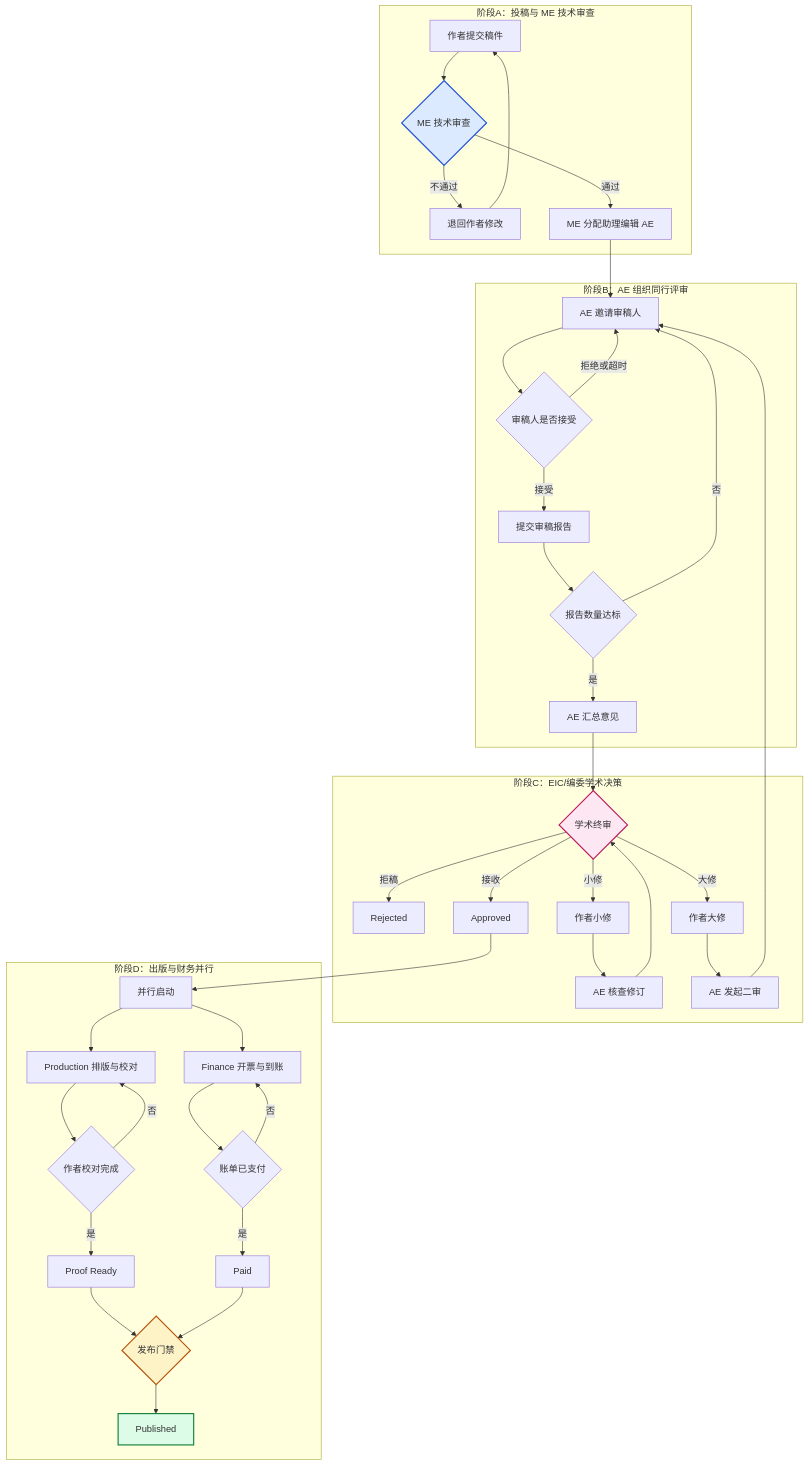
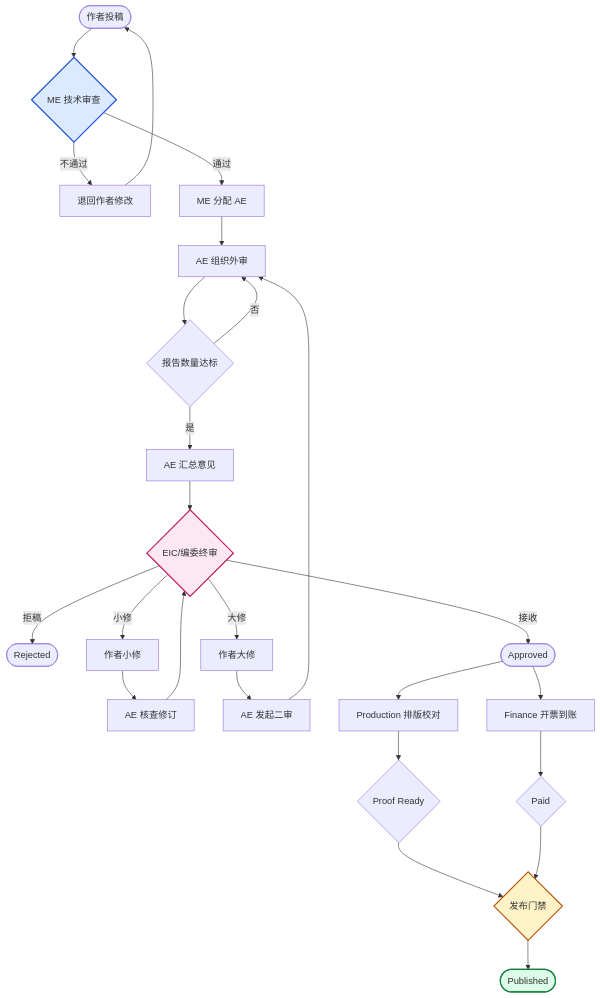
One commit to LouisLau-art/scholar-flow changed the diagram in docs/flow_lifecycle_v3.mmd. Above: the diagram before and after it, drawn with Mermaid. The commit also changed 8 other files, not shown here.

```diff
--- a/docs/flow_lifecycle_v3.mmd
+++ b/docs/flow_lifecycle_v3.mmd
@@ -1,53 +1,33 @@
 flowchart TD
-    subgraph A["阶段A：投稿与 ME 技术审查"]
-        S0[作者提交稿件] --> S1{ME 技术审查}
-        S1 -- 不通过 --> S2[退回作者修改]
-        S2 --> S0
-        S1 -- 通过 --> S3[ME 分配助理编辑 AE]
-    end
+    A0([作者投稿]) --> A1{ME 技术审查}
+    A1 -- 不通过 --> A2[退回作者修改]
+    A2 --> A0
+    A1 -- 通过 --> A3[ME 分配 AE]
 
-    subgraph B["阶段B：AE 组织同行评审"]
-        S3 --> R1[AE 邀请审稿人]
-        R1 --> R2{审稿人是否接受}
-        R2 -- 拒绝或超时 --> R1
-        R2 -- 接受 --> R3[提交审稿报告]
-        R3 --> R4{报告数量达标}
-        R4 -- 否 --> R1
-        R4 -- 是 --> R5[AE 汇总意见]
-    end
+    A3 --> B1[AE 组织外审]
+    B1 --> B2{报告数量达标}
+    B2 -- 否 --> B1
+    B2 -- 是 --> C1[AE 汇总意见]
 
-    subgraph C["阶段C：EIC/编委学术决策"]
-        R5 --> D1{学术终审}
-        D1 -- 拒稿 --> D2[Rejected]
-        D1 -- 小修 --> D3[作者小修]
-        D3 --> D4[AE 核查修订]
-        D4 --> D1
-        D1 -- 大修 --> D5[作者大修]
-        D5 --> D6[AE 发起二审]
-        D6 --> R1
-        D1 -- 接收 --> D7[Approved]
-    end
+    C1 --> C2{EIC/编委终审}
+    C2 -- 拒稿 --> C3([Rejected])
+    C2 -- 小修 --> C4[作者小修]
+    C4 --> C5[AE 核查修订]
+    C5 --> C2
+    C2 -- 大修 --> C6[作者大修]
+    C6 --> C7[AE 发起二审]
+    C7 --> B1
+    C2 -- 接收 --> D0([Approved])
 
-    subgraph D["阶段D：出版与财务并行"]
-        D7 --> P0[并行启动]
+    D0 --> D1[Production 排版校对]
+    D0 --> D2[Finance 开票到账]
+    D1 --> D3{Proof Ready}
+    D2 --> D4{Paid}
+    D3 --> D5{发布门禁}
+    D4 --> D5
+    D5 --> D6([Published])
 
-        P0 --> P1[Production 排版与校对]
-        P0 --> P2[Finance 开票与到账]
-
-        P1 --> P3{作者校对完成}
-        P3 -- 否 --> P1
-        P3 -- 是 --> P4[Proof Ready]
-
-        P2 --> P5{账单已支付}
-        P5 -- 否 --> P2
-        P5 -- 是 --> P6[Paid]
-
-        P4 --> P7{发布门禁}
-        P6 --> P7
-        P7 --> P8[Published]
-    end
-
-    style S1 fill:#dbeafe,stroke:#1d4ed8,stroke-width:2px
-    style D1 fill:#fce7f3,stroke:#be185d,stroke-width:2px
-    style P7 fill:#fef3c7,stroke:#b45309,stroke-width:2px
-    style P8 fill:#dcfce7,stroke:#15803d,stroke-width:2px
+    style A1 fill:#dbeafe,stroke:#1d4ed8,stroke-width:2px
+    style C2 fill:#fce7f3,stroke:#be185d,stroke-width:2px
+    style D5 fill:#fef3c7,stroke:#b45309,stroke-width:2px
+    style D6 fill:#dcfce7,stroke:#15803d,stroke-width:2px
```
